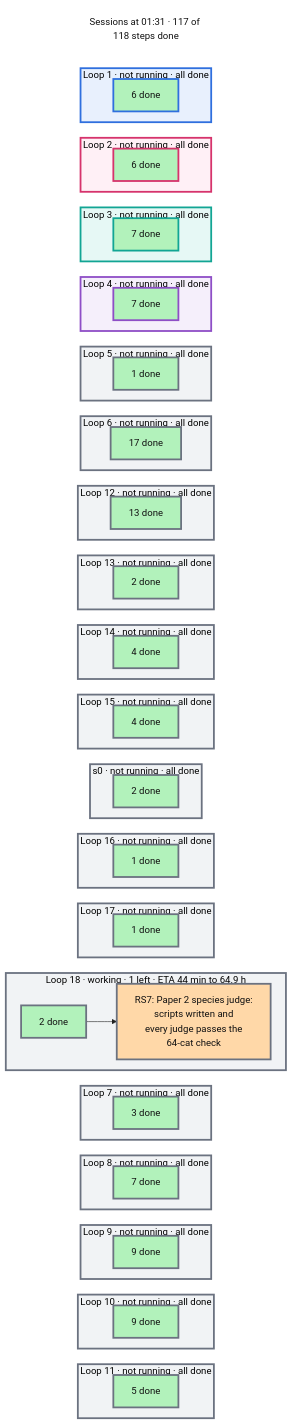
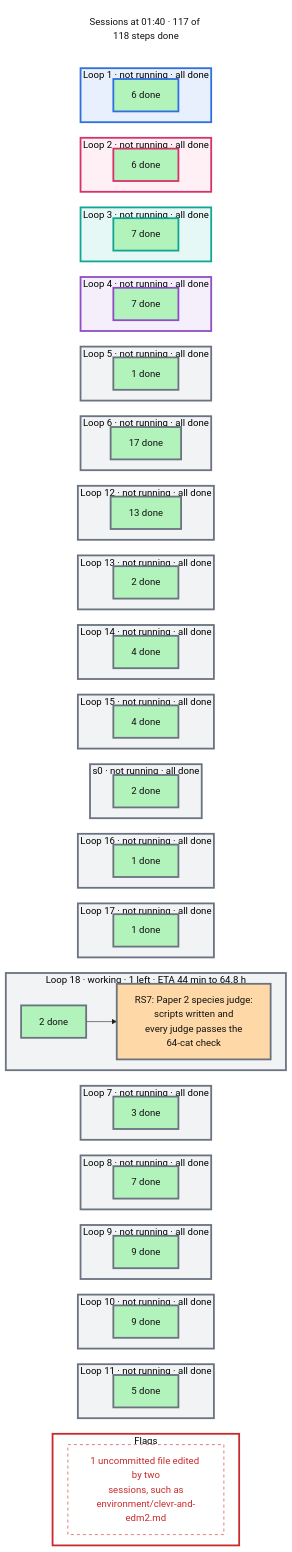
Before and after one commit to mo-rsa24/concept-composition: the diagram in artifacts/notes/progress/sessions.mmd, drawn with Mermaid. The commit also changed 10 other files, not shown here.

```diff
--- a/artifacts/notes/progress/sessions.mmd
+++ b/artifacts/notes/progress/sessions.mmd
@@ -1,124 +1,129 @@
 %%{init: {'theme': 'base', 'themeVariables': {'fontFamily': 'monospace', 'primaryColor': '#ffffff', 'primaryBorderColor': '#222222', 'primaryTextColor': '#111111', 'lineColor': '#222222'}, 'flowchart': {'nodeSpacing': 16, 'rankSpacing': 26}}}%%
 flowchart TB
   classDef done fill:#b2f2bb,color:#111111
   classDef doing fill:#ffd8a8,color:#111111
   classDef todo fill:#e9ecef,color:#111111
   classDef note fill:#ffffff,stroke:#c92a2a,stroke-dasharray:5 5,color:#c92a2a
-  now["Sessions at 01:31 · 117 of 118 steps done"]
+  now["Sessions at 01:40 · 117 of 118 steps done"]
   style now fill:#ffffff,stroke:#ffffff,color:#111111
   subgraph L0["Loop 1 · not running · all done"]
     direction LR
     d0["6 done"]:::done
   end
   subgraph L1["Loop 2 · not running · all done"]
     direction LR
     d1["6 done"]:::done
   end
   subgraph L2["Loop 3 · not running · all done"]
     direction LR
     d2["7 done"]:::done
   end
   subgraph L3["Loop 4 · not running · all done"]
     direction LR
     d3["7 done"]:::done
   end
   subgraph L4["Loop 5 · not running · all done"]
     direction LR
     d4["1 done"]:::done
   end
   subgraph L5["Loop 6 · not running · all done"]
     direction LR
     d5["17 done"]:::done
   end
   subgraph L6["Loop 12 · not running · all done"]
     direction LR
     d6["13 done"]:::done
   end
   subgraph L7["Loop 13 · not running · all done"]
     direction LR
     d7["2 done"]:::done
   end
   subgraph L8["Loop 14 · not running · all done"]
     direction LR
     d8["4 done"]:::done
   end
   subgraph L9["Loop 15 · not running · all done"]
     direction LR
     d9["4 done"]:::done
   end
   subgraph L10["s0 · not running · all done"]
     direction LR
     d10["2 done"]:::done
   end
   subgraph L11["Loop 16 · not running · all done"]
     direction LR
     d11["1 done"]:::done
   end
   subgraph L12["Loop 17 · not running · all done"]
     direction LR
     d12["1 done"]:::done
   end
-  subgraph L13["Loop 18 · working · 1 left · ETA 44 min to 64.9 h"]
+  subgraph L13["Loop 18 · working · 1 left · ETA 44 min to 64.8 h"]
     direction LR
     d13["2 done"]:::done --> n_RS7["RS7: Paper 2 species judge:<br/>scripts written and<br/>every judge passes the<br/>64-cat check"]:::doing
   end
   subgraph L14["Loop 7 · not running · all done"]
     direction LR
     d14["3 done"]:::done
   end
   subgraph L15["Loop 8 · not running · all done"]
     direction LR
     d15["7 done"]:::done
   end
   subgraph L16["Loop 9 · not running · all done"]
     direction LR
     d16["9 done"]:::done
   end
   subgraph L17["Loop 10 · not running · all done"]
     direction LR
     d17["9 done"]:::done
   end
   subgraph L18["Loop 11 · not running · all done"]
     direction LR
     d18["5 done"]:::done
   end
-  now ~~~ L0 ~~~ L1 ~~~ L2 ~~~ L3 ~~~ L4 ~~~ L5 ~~~ L6 ~~~ L7 ~~~ L8 ~~~ L9 ~~~ L10 ~~~ L11 ~~~ L12 ~~~ L13 ~~~ L14 ~~~ L15 ~~~ L16 ~~~ L17 ~~~ L18
+  subgraph L19["Flags"]
+    direction LR
+    flag0["1 uncommitted file edited by two<br/>sessions, such as<br/>environment/clevr-and-edm2.md"]:::note
+  end
+  now ~~~ L0 ~~~ L1 ~~~ L2 ~~~ L3 ~~~ L4 ~~~ L5 ~~~ L6 ~~~ L7 ~~~ L8 ~~~ L9 ~~~ L10 ~~~ L11 ~~~ L12 ~~~ L13 ~~~ L14 ~~~ L15 ~~~ L16 ~~~ L17 ~~~ L18 ~~~ L19
   style L0 fill:#e8f0fd,stroke:#2f6fde,stroke-width:3px
   style d0 stroke:#2f6fde,stroke-width:3px
   style L1 fill:#fff0f6,stroke:#d6336c,stroke-width:3px
   style d1 stroke:#d6336c,stroke-width:3px
   style L2 fill:#e6f8f5,stroke:#12a594,stroke-width:3px
   style d2 stroke:#12a594,stroke-width:3px
   style L3 fill:#f5effb,stroke:#8e4ec6,stroke-width:3px
   style d3 stroke:#8e4ec6,stroke-width:3px
   style L4 fill:#f1f3f5,stroke:#6b7280,stroke-width:3px
   style d4 stroke:#6b7280,stroke-width:3px
   style L5 fill:#f1f3f5,stroke:#6b7280,stroke-width:3px
   style d5 stroke:#6b7280,stroke-width:3px
   style L6 fill:#f1f3f5,stroke:#6b7280,stroke-width:3px
   style d6 stroke:#6b7280,stroke-width:3px
   style L7 fill:#f1f3f5,stroke:#6b7280,stroke-width:3px
   style d7 stroke:#6b7280,stroke-width:3px
   style L8 fill:#f1f3f5,stroke:#6b7280,stroke-width:3px
   style d8 stroke:#6b7280,stroke-width:3px
   style L9 fill:#f1f3f5,stroke:#6b7280,stroke-width:3px
   style d9 stroke:#6b7280,stroke-width:3px
   style L10 fill:#f1f3f5,stroke:#6b7280,stroke-width:3px
   style d10 stroke:#6b7280,stroke-width:3px
   style L11 fill:#f1f3f5,stroke:#6b7280,stroke-width:3px
   style d11 stroke:#6b7280,stroke-width:3px
   style L12 fill:#f1f3f5,stroke:#6b7280,stroke-width:3px
   style d12 stroke:#6b7280,stroke-width:3px
   style L13 fill:#f1f3f5,stroke:#6b7280,stroke-width:3px
   style d13 stroke:#6b7280,stroke-width:3px
   style n_RS7 stroke:#6b7280,stroke-width:3px
   style L14 fill:#f1f3f5,stroke:#6b7280,stroke-width:3px
   style d14 stroke:#6b7280,stroke-width:3px
   style L15 fill:#f1f3f5,stroke:#6b7280,stroke-width:3px
   style d15 stroke:#6b7280,stroke-width:3px
   style L16 fill:#f1f3f5,stroke:#6b7280,stroke-width:3px
   style d16 stroke:#6b7280,stroke-width:3px
   style L17 fill:#f1f3f5,stroke:#6b7280,stroke-width:3px
   style d17 stroke:#6b7280,stroke-width:3px
   style L18 fill:#f1f3f5,stroke:#6b7280,stroke-width:3px
   style d18 stroke:#6b7280,stroke-width:3px
+  style L19 fill:#ffffff,stroke:#c92a2a,stroke-width:3px
```
